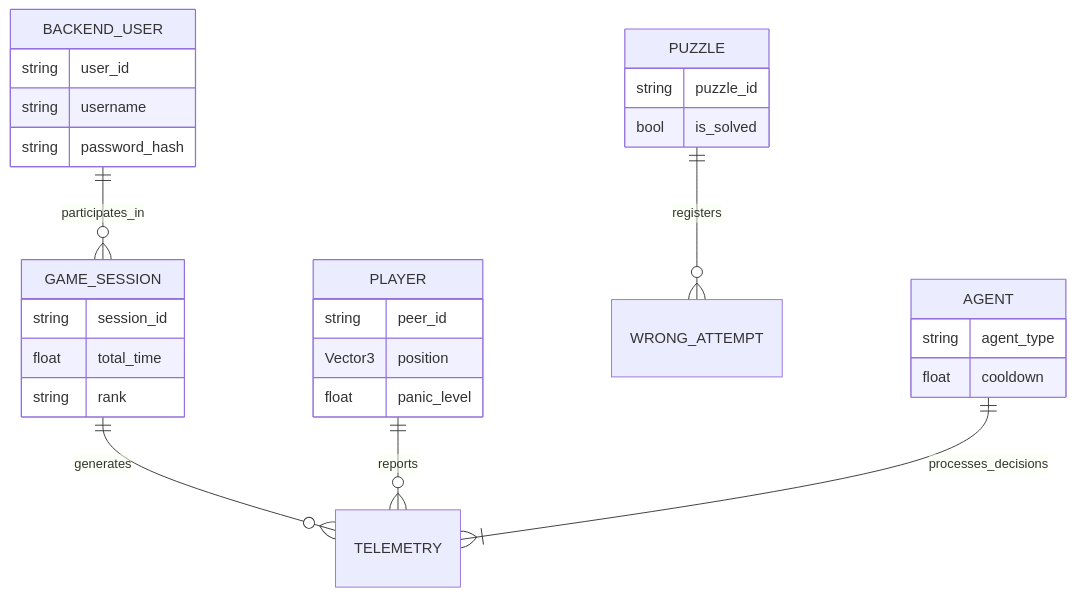
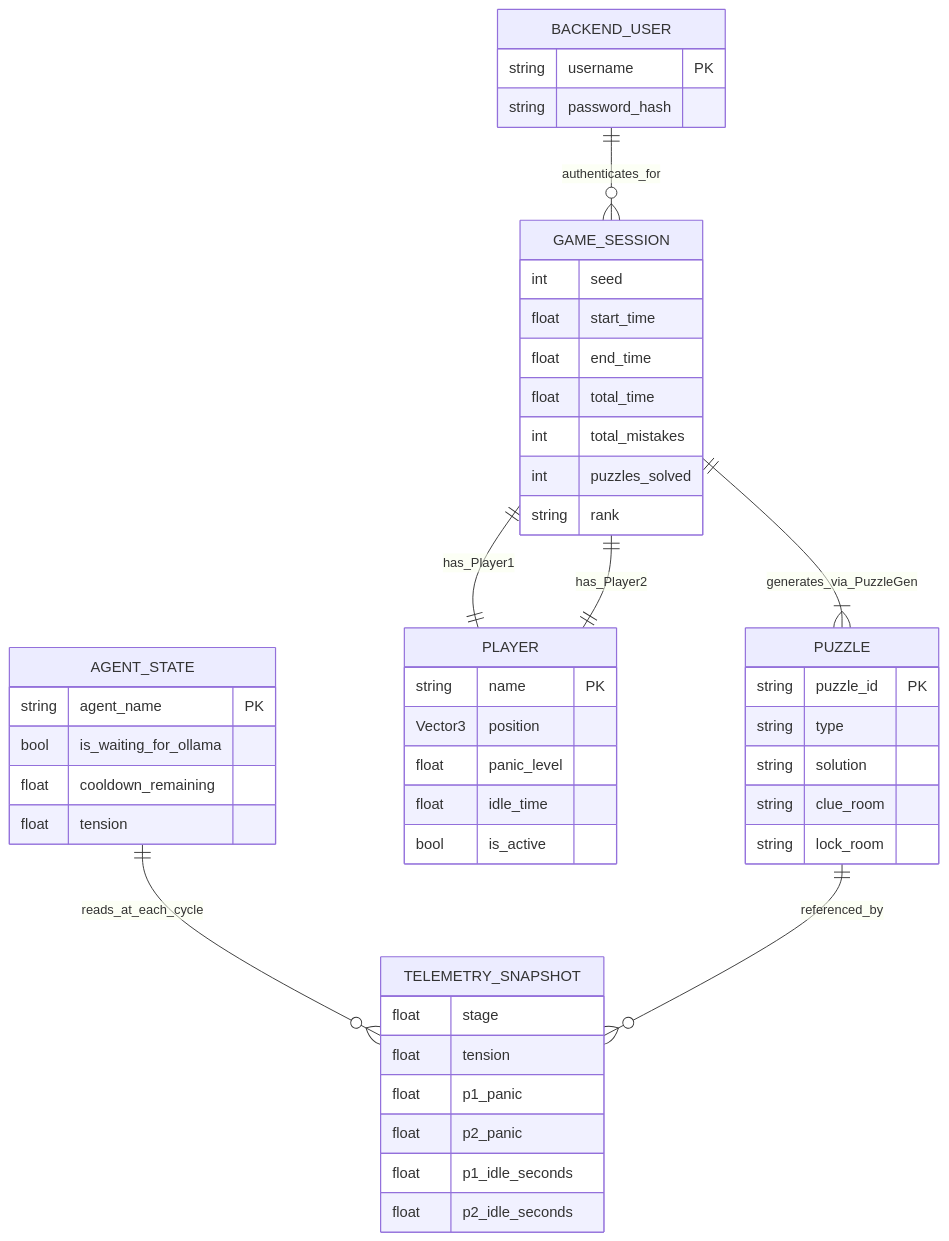
The ninth of 10 diagrams in diagrame_arhitectura.md (neica200/Echo-Chamber-Coop), drawn with Mermaid before and after one commit. The commit also changed other lines of this file, not shown here.

Commit message:
update diagrams

````diff
--- a/diagrame_arhitectura.md
+++ b/diagrame_arhitectura.md
@@ -256,35 +441,56 @@
 ```mermaid
 erDiagram
-    BACKEND_USER ||--o{ GAME_SESSION : participates_in
     BACKEND_USER {
-        string user_id
-        string username
+        string username PK
         string password_hash
     }
-    
-    GAME_SESSION ||--o{ TELEMETRY : generates
+
     GAME_SESSION {
-        string session_id
+        int seed
+        float start_time
+        float end_time
         float total_time
+        int total_mistakes
+        int puzzles_solved
         string rank
     }
-    
-    PLAYER ||--o{ TELEMETRY : reports
+
+    PUZZLE {
+        string puzzle_id PK
+        string type
+        string solution
+        string clue_room
+        string lock_room
+    }
+
     PLAYER {
-        string peer_id
+        string name PK
         Vector3 position
         float panic_level
+        float idle_time
+        bool is_active
     }
-    
-    PUZZLE ||--o{ WRONG_ATTEMPT : registers
-    PUZZLE {
-        string puzzle_id
-        bool is_solved
+
+    AGENT_STATE {
+        string agent_name PK
+        bool is_waiting_for_ollama
+        float cooldown_remaining
+        float tension
     }
-    
-    AGENT ||--|{ TELEMETRY : processes_decisions
-    AGENT {
-        string agent_type
-        float cooldown
+
+    TELEMETRY_SNAPSHOT {
+        float stage
+        float tension
+        float p1_panic
+        float p2_panic
+        float p1_idle_seconds
+        float p2_idle_seconds
     }
+
+    GAME_SESSION ||--|{ PUZZLE : generates_via_PuzzleGen
+    GAME_SESSION ||--|| PLAYER : has_Player1
+    GAME_SESSION ||--|| PLAYER : has_Player2
+    AGENT_STATE ||--o{ TELEMETRY_SNAPSHOT : reads_at_each_cycle
+    PUZZLE ||--o{ TELEMETRY_SNAPSHOT : referenced_by
+    BACKEND_USER ||--o{ GAME_SESSION : authenticates_for
 ```
````
